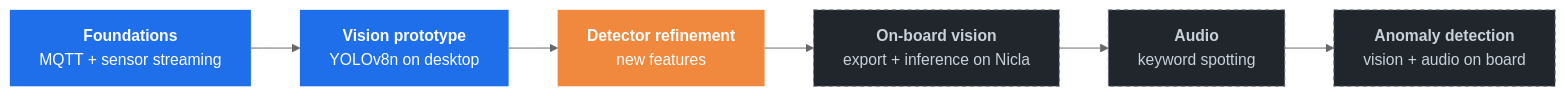
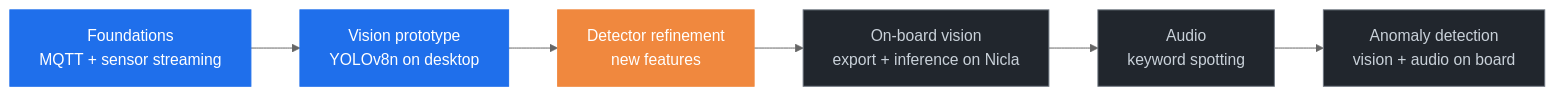
One commit to dipi-unimore/edge-ai-nicla-vision changed the diagram in README.md. Above: the diagram before and after it, drawn with Mermaid (neutral theme).

Commit message:
fix (partial): mermaid

````diff
--- a/README.md
+++ b/README.md
@@ -43,12 +43,12 @@
 ```mermaid
 flowchart LR
-    A["<b>Foundations</b><br/>MQTT + sensor streaming"]:::done --> B["<b>Vision prototype</b><br/>YOLOv8n on desktop"]:::done
-    B --> C["<b>Detector refinement</b><br/>new features"]:::active
-    C --> D["<b>On-board vision</b><br/>export + inference on Nicla"]:::planned
-    D --> E["<b>Audio</b><br/>keyword spotting"]:::planned
-    E --> F["<b>Anomaly detection</b><br/>vision + audio on board"]:::planned
+    A["Foundations<br/>MQTT + sensor streaming"]:::done --> B["Vision prototype<br/>YOLOv8n on desktop"]:::done
+    B --> C["Detector refinement<br/>new features"]:::active
+    C --> D["On-board vision<br/>export + inference on Nicla"]:::planned
+    D --> E["Audio<br/>keyword spotting"]:::planned
+    E --> F["Anomaly detection<br/>vision + audio on board"]:::planned
 
-    classDef done fill:#1f6feb,color:#fff,stroke:none
-    classDef active fill:#f0883e,color:#fff,stroke:none
-    classDef planned fill:#21262d,color:#c9d1d9,stroke:#6e7681,stroke-dasharray:4
+    classDef done fill:#1f6feb,color:#fff,stroke:#1f6feb
+    classDef active fill:#f0883e,color:#fff,stroke:#f0883e
+    classDef planned fill:#21262d,color:#c9d1d9,stroke:#6e7681
 ```
````
